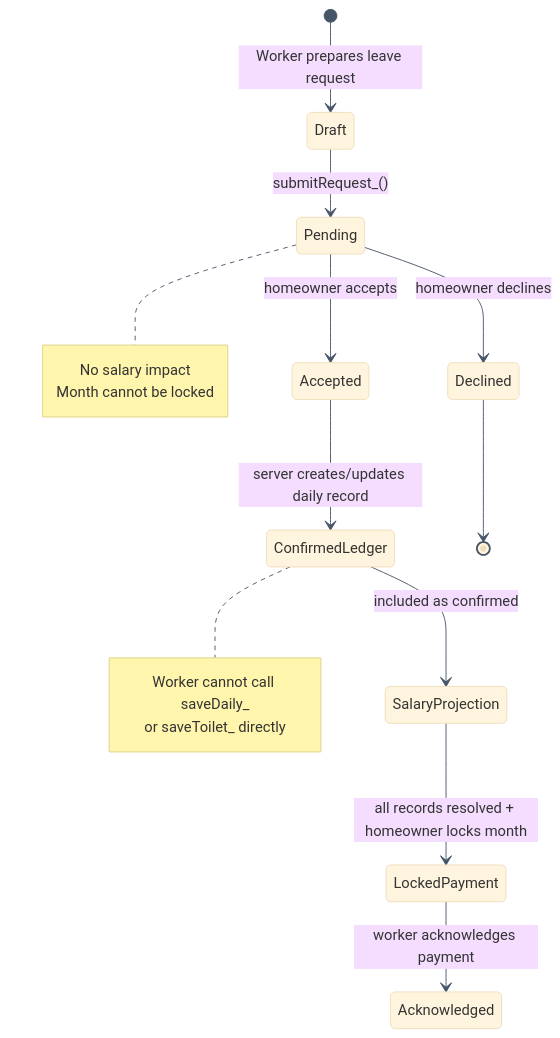
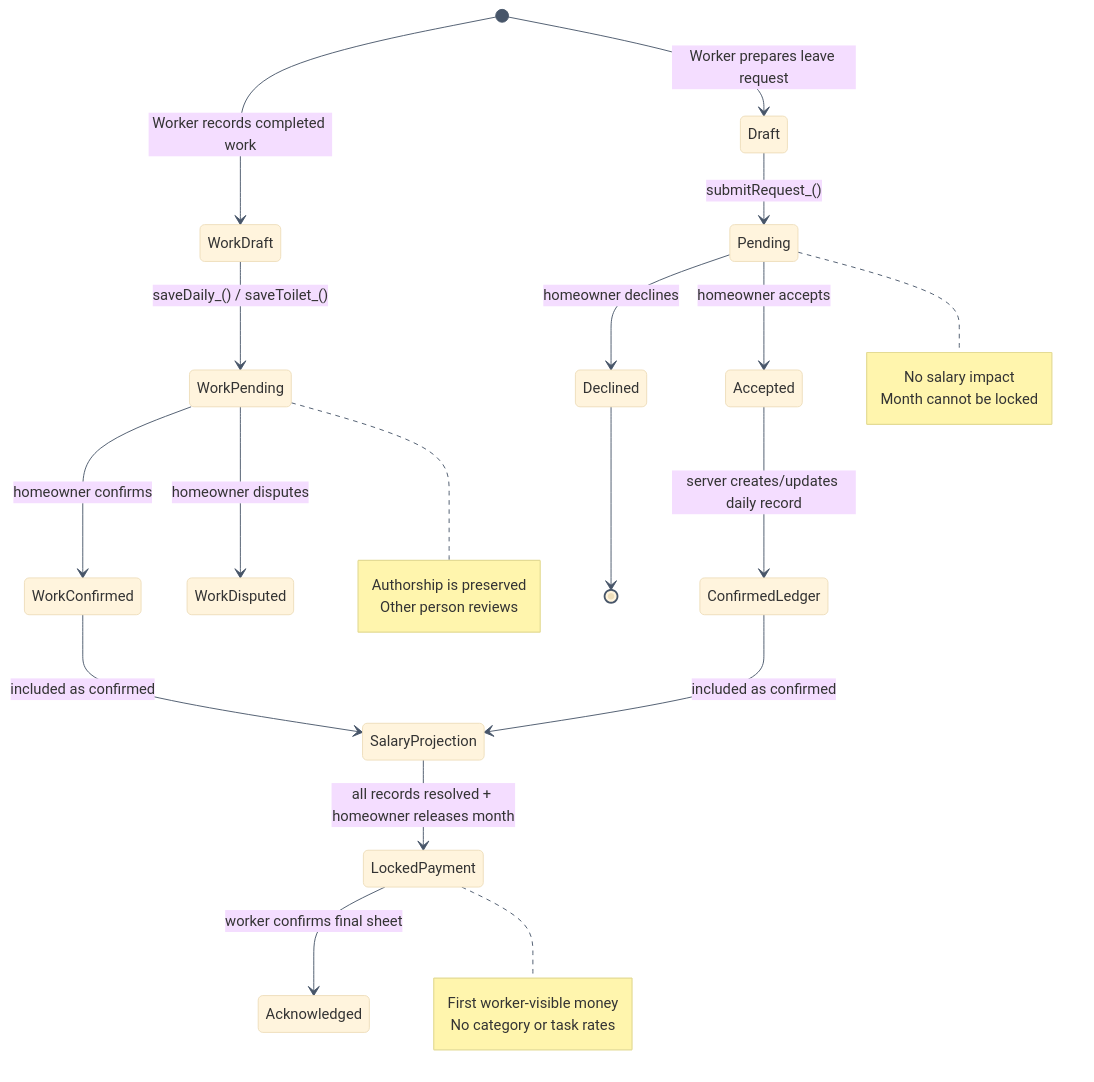
The fourth of 10 diagrams in docs/architecture/README.md (thechiranjeevjain/SaafHisaab), drawn with Mermaid before and after one commit. The commit also changed other lines of this file and 21 other files, not shown here.

Commit message:
Protect worker salary details until month release

````diff
--- a/docs/architecture/README.md
+++ b/docs/architecture/README.md
@@ -125,22 +125,32 @@
 ```mermaid
 %%{init: {"theme":"base","themeVariables":{"lineColor":"#475569","fontFamily":"Inter,Segoe UI,sans-serif"}}}%%
 stateDiagram-v2
+  [*] --> WorkDraft: Worker records completed work
+  WorkDraft --> WorkPending: saveDaily_() / saveToilet_()
+  WorkPending --> WorkConfirmed: homeowner confirms
+  WorkPending --> WorkDisputed: homeowner disputes
+  WorkConfirmed --> SalaryProjection: included as confirmed
+
   [*] --> Draft: Worker prepares leave request
   Draft --> Pending: submitRequest_()
   Pending --> Declined: homeowner declines
   Pending --> Accepted: homeowner accepts
   Accepted --> ConfirmedLedger: server creates/updates daily record
   ConfirmedLedger --> SalaryProjection: included as confirmed
   Declined --> [*]
-  SalaryProjection --> LockedPayment: all records resolved + homeowner locks month
-  LockedPayment --> Acknowledged: worker acknowledges payment
+  SalaryProjection --> LockedPayment: all records resolved + homeowner releases month
+  LockedPayment --> Acknowledged: worker confirms final sheet
 
   note right of Pending
     No salary impact
     Month cannot be locked
   end note
-  note right of ConfirmedLedger
-    Worker cannot call saveDaily_
-    or saveToilet_ directly
+  note right of WorkPending
+    Authorship is preserved
+    Other person reviews
+  end note
+  note right of LockedPayment
+    First worker-visible money
+    No category or task rates
   end note
 ```
````
